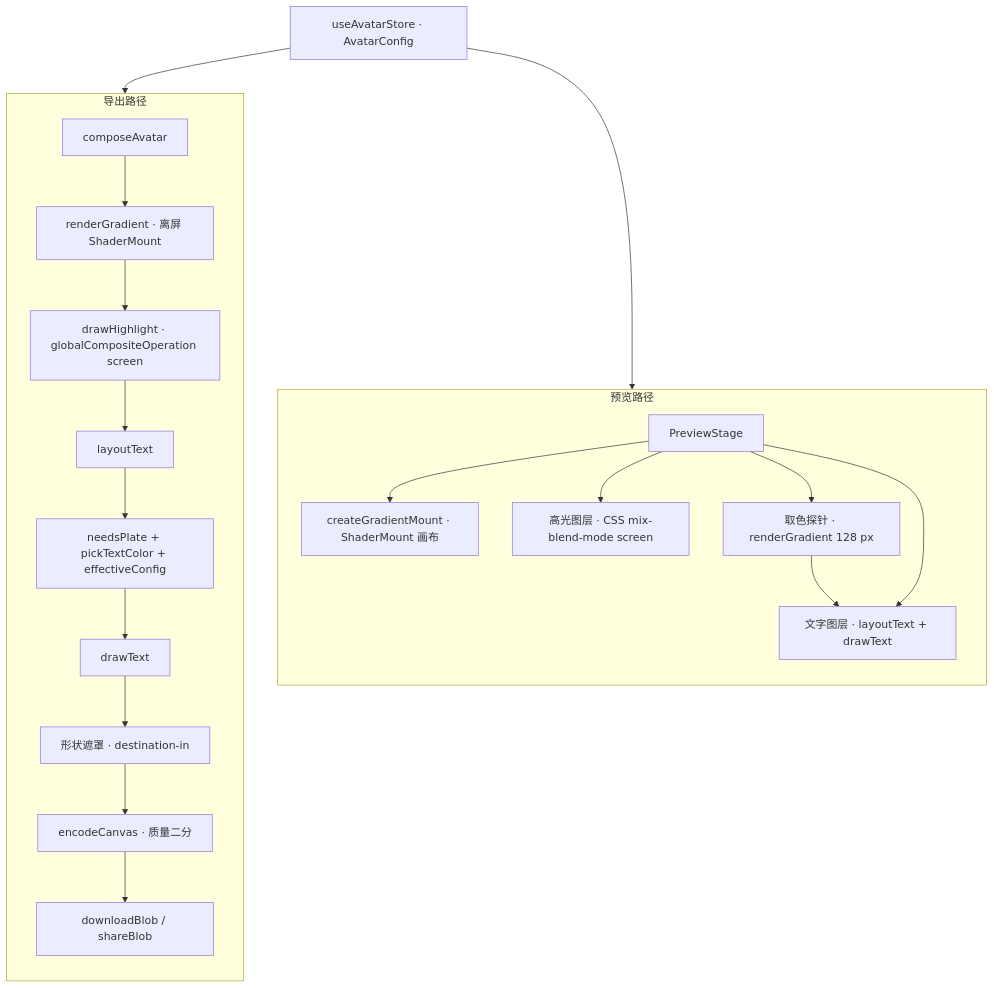
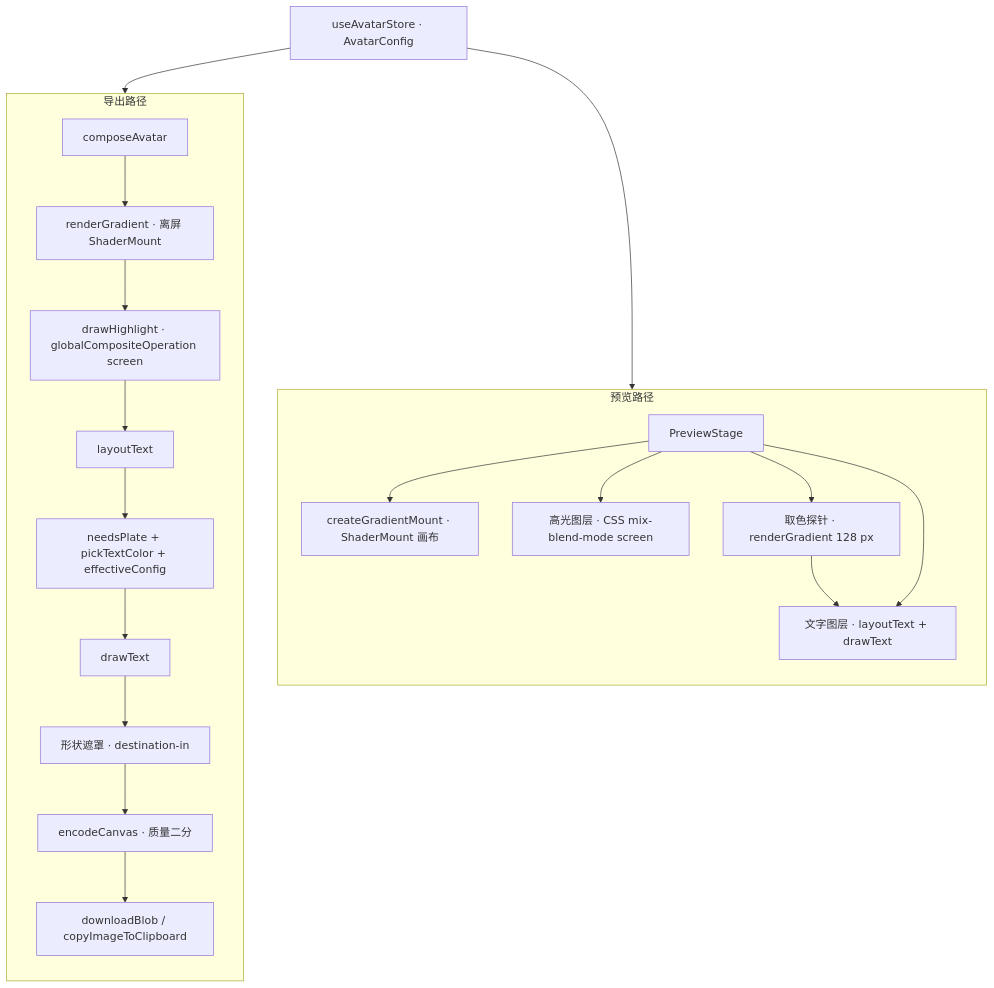
Before and after one commit to sinnohzeng/jianbiantouxiang: the diagram in docs/architecture.md, drawn with Mermaid. The commit also changed other lines of this file and 13 other files, not shown here.

````diff
--- a/docs/architecture.md
+++ b/docs/architecture.md
@@ -65,35 +65,35 @@
 ```mermaid
 flowchart TD
   store["useAvatarStore · AvatarConfig"]
 
   subgraph previewPath["预览路径"]
     direction TB
     stage["PreviewStage"]
     mount["createGradientMount · ShaderMount 画布"]
     hl["高光图层 · CSS mix-blend-mode screen"]
     txt["文字图层 · layoutText + drawText"]
     ink["取色探针 · renderGradient 128 px"]
     stage --> mount
     stage --> hl
     stage --> ink
     ink --> txt
     stage --> txt
   end
 
   subgraph exportPath["导出路径"]
     direction TB
     compose["composeAvatar"]
     grad["renderGradient · 离屏 ShaderMount"]
     high["drawHighlight · globalCompositeOperation screen"]
     layout["layoutText"]
     pick["needsPlate + pickTextColor + effectiveConfig"]
     draw["drawText"]
     mask["形状遮罩 · destination-in"]
     enc["encodeCanvas · 质量二分"]
-    out["downloadBlob / shareBlob"]
+    out["downloadBlob / copyImageToClipboard"]
     compose --> grad --> high --> layout --> pick --> draw --> mask --> enc --> out
   end
 
   store --> stage
   store --> compose
 ```
````
